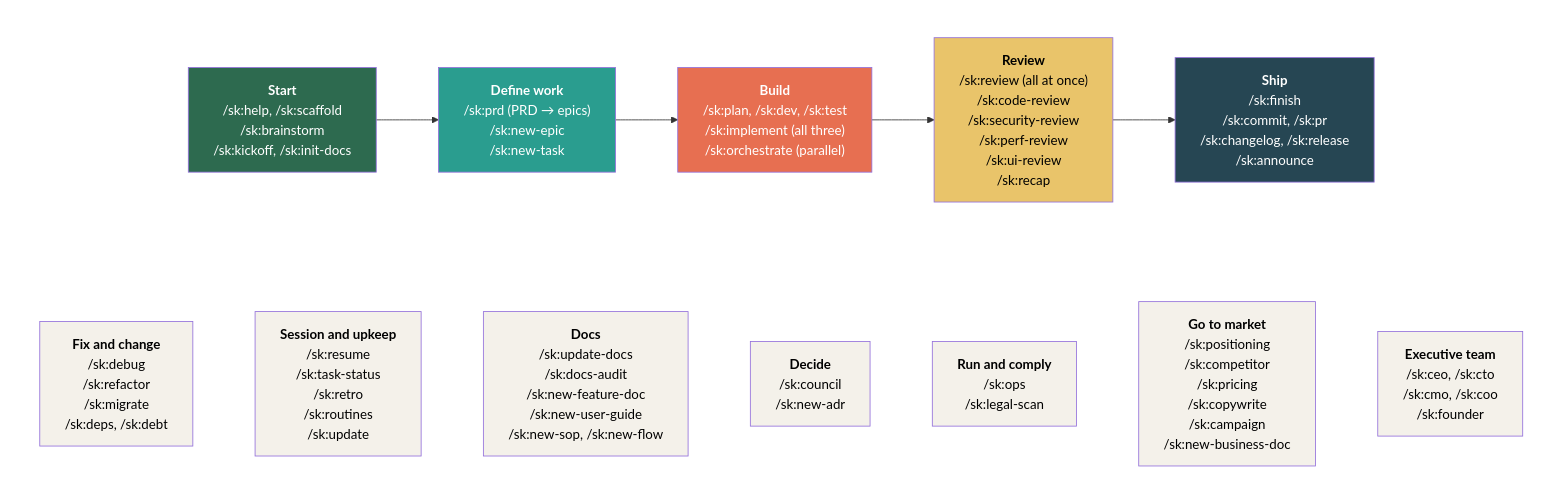
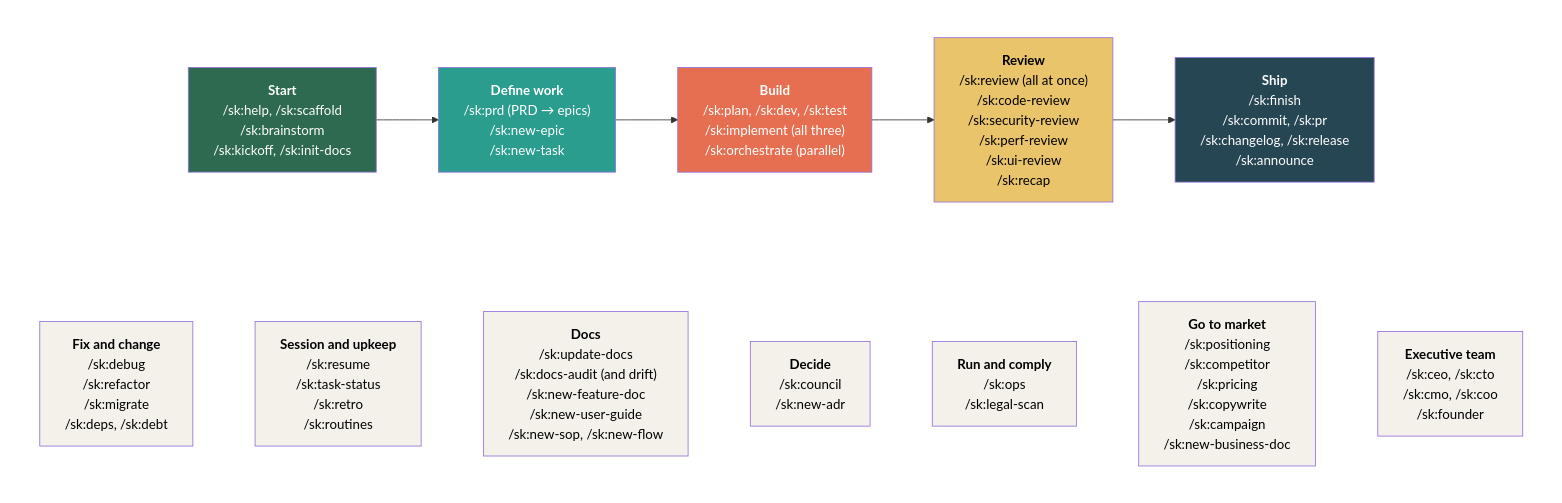
Before and after one commit to moniav/sk: the diagram in assets/src/command-map.mmd, drawn with Mermaid. The commit also changed 6 other files, not shown here.

First line of the commit message:
docs(readme): describe 3.2.0, correct stale claims, complete the credits; refresh three diagrams

```diff
--- a/assets/src/command-map.mmd
+++ b/assets/src/command-map.mmd
@@ -1,39 +1,39 @@
 flowchart TB
     subgraph flow [" "]
         direction LR
         GS["<b>Start</b><br/>/sk:help, /sk:scaffold<br/>/sk:brainstorm<br/>/sk:kickoff, /sk:init-docs"]
         CR["<b>Define work</b><br/>/sk:prd (PRD → epics)<br/>/sk:new-epic<br/>/sk:new-task"]
         LC["<b>Build</b><br/>/sk:plan, /sk:dev, /sk:test<br/>/sk:implement (all three)<br/>/sk:orchestrate (parallel)"]
         QA["<b>Review</b><br/>/sk:review (all at once)<br/>/sk:code-review<br/>/sk:security-review<br/>/sk:perf-review<br/>/sk:ui-review<br/>/sk:recap"]
         SH["<b>Ship</b><br/>/sk:finish<br/>/sk:commit, /sk:pr<br/>/sk:changelog, /sk:release<br/>/sk:announce"]
         GS --> CR --> LC --> QA --> SH
     end
 
     subgraph anytime [" "]
         direction LR
         FX["<b>Fix and change</b><br/>/sk:debug<br/>/sk:refactor<br/>/sk:migrate<br/>/sk:deps, /sk:debt"]
-        SE["<b>Session and upkeep</b><br/>/sk:resume<br/>/sk:task-status<br/>/sk:retro<br/>/sk:routines<br/>/sk:update"]
-        DO["<b>Docs</b><br/>/sk:update-docs<br/>/sk:docs-audit<br/>/sk:new-feature-doc<br/>/sk:new-user-guide<br/>/sk:new-sop, /sk:new-flow"]
+        SE["<b>Session and upkeep</b><br/>/sk:resume<br/>/sk:task-status<br/>/sk:retro<br/>/sk:routines"]
+        DO["<b>Docs</b><br/>/sk:update-docs<br/>/sk:docs-audit (and drift)<br/>/sk:new-feature-doc<br/>/sk:new-user-guide<br/>/sk:new-sop, /sk:new-flow"]
         DE["<b>Decide</b><br/>/sk:council<br/>/sk:new-adr"]
         RU["<b>Run and comply</b><br/>/sk:ops<br/>/sk:legal-scan"]
         GT["<b>Go to market</b><br/>/sk:positioning<br/>/sk:competitor<br/>/sk:pricing<br/>/sk:copywrite<br/>/sk:campaign<br/>/sk:new-business-doc"]
         EX["<b>Executive team</b><br/>/sk:ceo, /sk:cto<br/>/sk:cmo, /sk:coo<br/>/sk:founder"]
         FX ~~~ SE ~~~ DO ~~~ DE ~~~ RU ~~~ GT ~~~ EX
     end
 
     flow ~~~ anytime
 
     style flow fill:none,stroke:none
     style anytime fill:none,stroke:none
     style GS fill:#2d6a4f,color:#fff
     style CR fill:#2a9d8f,color:#fff
     style LC fill:#e76f51,color:#fff
     style QA fill:#e9c46a,color:#000
     style SH fill:#264653,color:#fff
     style FX fill:#f4f1ea,color:#000
     style SE fill:#f4f1ea,color:#000
     style DO fill:#f4f1ea,color:#000
     style DE fill:#f4f1ea,color:#000
     style RU fill:#f4f1ea,color:#000
     style GT fill:#f4f1ea,color:#000
     style EX fill:#f4f1ea,color:#000
```
